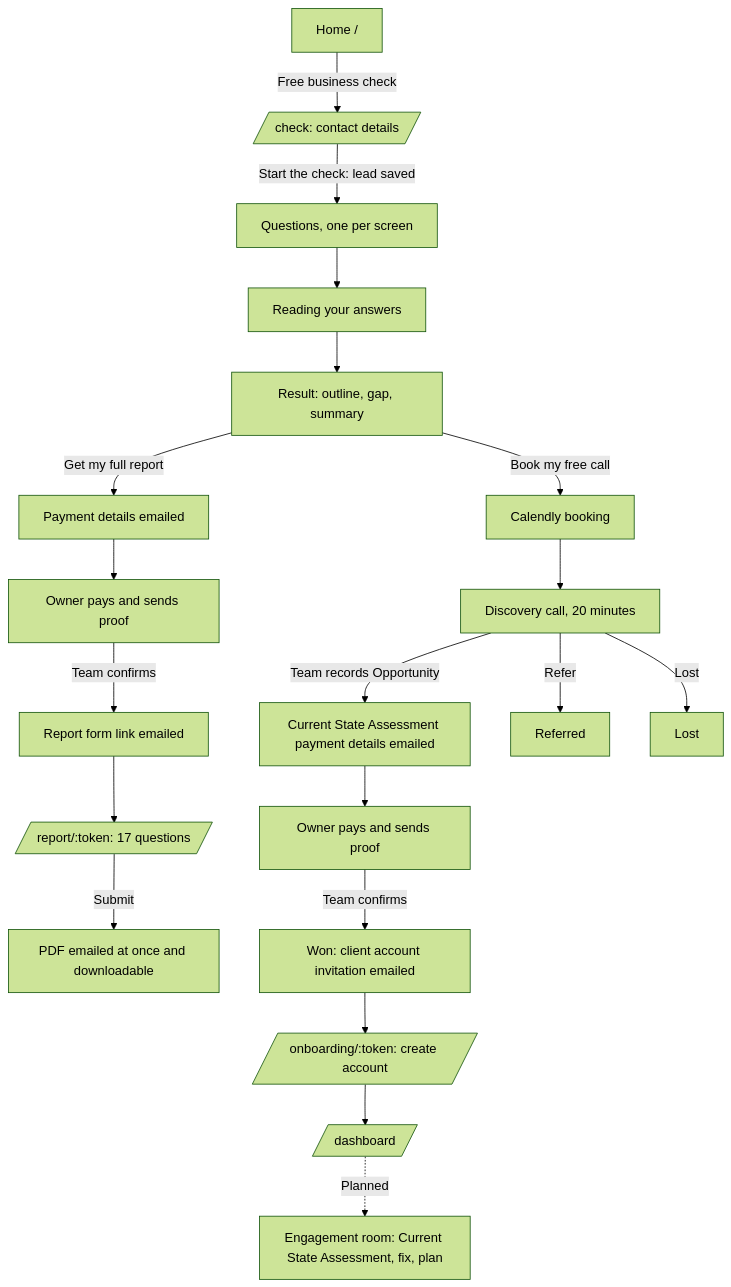
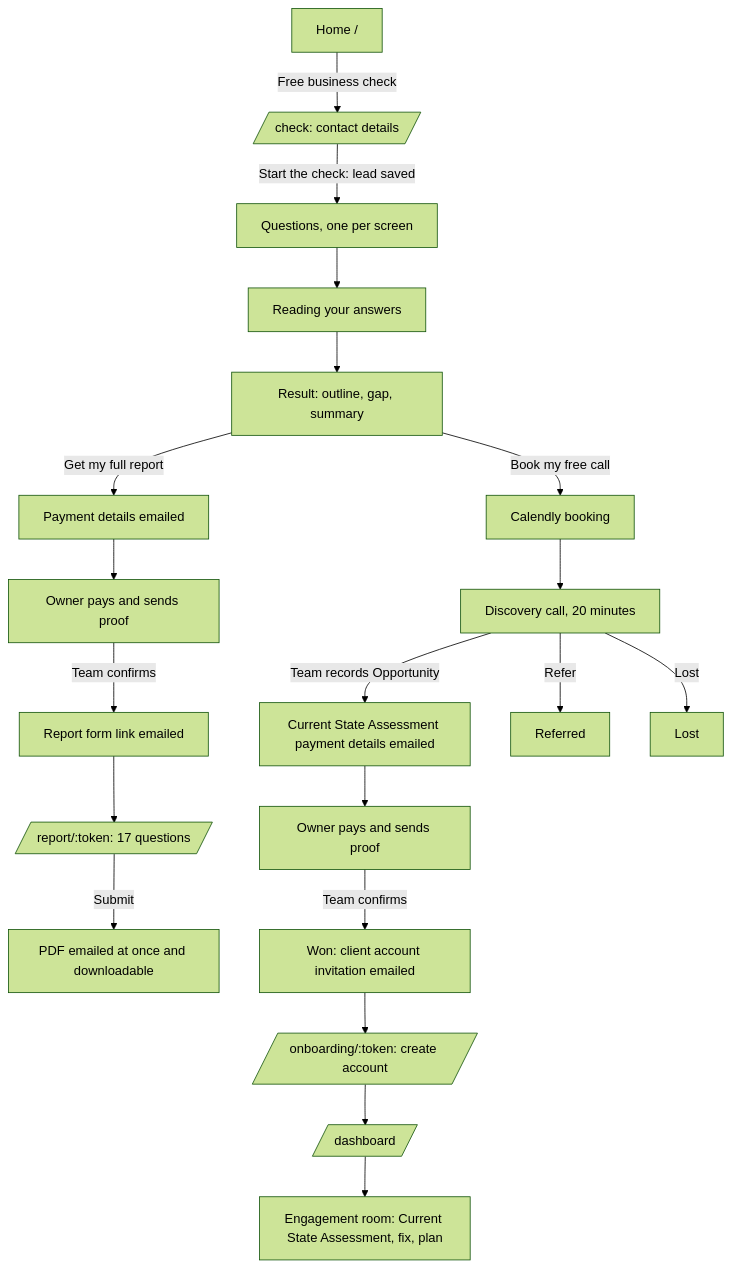
One commit to IPfactory01/IPF-SME changed the first of 3 diagrams in docs/product/03-app-flow.md. Above: the diagram before and after it, drawn with Mermaid (forest theme). The commit also changed other lines of this file and 33 other files, not shown here.

````diff
--- a/docs/product/03-app-flow.md
+++ b/docs/product/03-app-flow.md
@@ -47,22 +47,22 @@
 ```mermaid
 flowchart TD
   A[Home /] -->|Free business check| B[/check: contact details/]
   B -->|Start the check: lead saved| C[Questions, one per screen]
   C --> D[Reading your answers]
   D --> E[Result: outline, gap, summary]
   E -->|Book my free call| F[Calendly booking]
   E -->|Get my full report| G[Payment details emailed]
   G --> G2[Owner pays and sends proof]
   G2 -->|Team confirms| G3[Report form link emailed]
   G3 --> G4[/report/:token: 17 questions/]
   G4 -->|Submit| G5[PDF emailed at once and downloadable]
   F --> H[Discovery call, 20 minutes]
   H -->|Team records Opportunity| I[Current State Assessment payment details emailed]
   H -->|Refer| R[Referred]
   H -->|Lost| L[Lost]
   I --> I2[Owner pays and sends proof]
   I2 -->|Team confirms| J[Won: client account invitation emailed]
   J --> K[/onboarding/:token: create account/]
   K --> M[/dashboard/]
-  M -.->|Planned| N[Engagement room: Current State Assessment, fix, plan]
+  M --> N[Engagement room: Current State Assessment, fix, plan]
 ```
````
